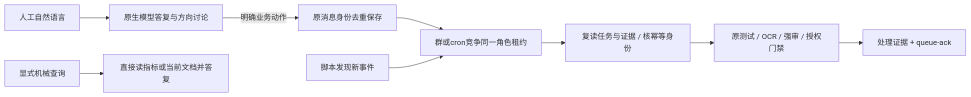
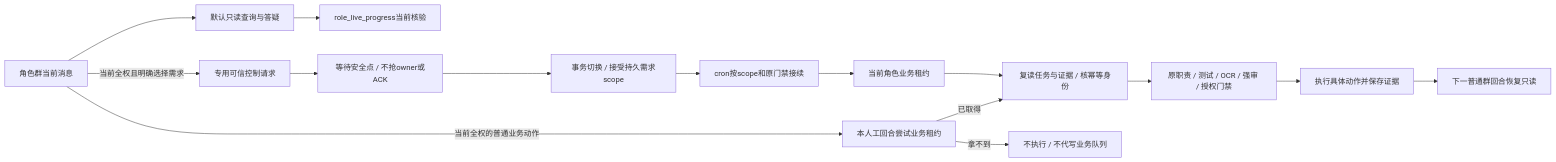
The second of 6 diagrams in docs/SKILL-DEVELOPMENT-WORKFLOW.md (wangzd9/skill-backup), drawn with Mermaid before and after one commit. The commit also changed other lines of this file and 469 other files, not shown here.

````diff
--- a/docs/SKILL-DEVELOPMENT-WORKFLOW.md
+++ b/docs/SKILL-DEVELOPMENT-WORKFLOW.md
@@ -208,11 +265,17 @@
 ```mermaid
 flowchart LR
-    U[人工自然语言] --> H[原生模型答复与方向讨论]
-    H -->|明确业务动作| Q[原消息身份去重保存]
-    Q --> L[群或cron竞争同一角色租约]
-    O[脚本发现新事件] --> L
-    L --> R[复读任务与证据 / 核幂等身份]
-    R --> G[原测试 / OCR / 强审 / 授权门禁]
-    G --> A[处理证据 + queue-ack]
-    M[显式机械查询] --> P[直接读指标或当前文档并答复]
+    U[角色群当前消息] --> H[默认只读查询与答疑]
+    H --> P[role_live_progress当前核验]
+    U -->|当前全权的普通业务动作| L[本人工回合尝试业务租约]
+    U -->|当前全权且明确选择需求| S[专用可信控制请求]
+    S --> W[等待安全点 / 不抢owner或ACK]
+    W --> D[事务切换 / 接受持久需求scope]
+    D --> C[cron按scope和原门禁接续]
+    C --> B[当前角色业务租约]
+    B --> R[复读任务与证据 / 核幂等身份]
+    L -->|拿不到| N[不执行 / 不代写业务队列]
+    L -->|已取得| R[复读任务与证据 / 核幂等身份]
+    R --> G[原职责 / 测试 / OCR / 强审 / 授权门禁]
+    G --> A[执行具体动作并保存证据]
+    A --> E[下一普通群回合恢复只读]
 ```
````
